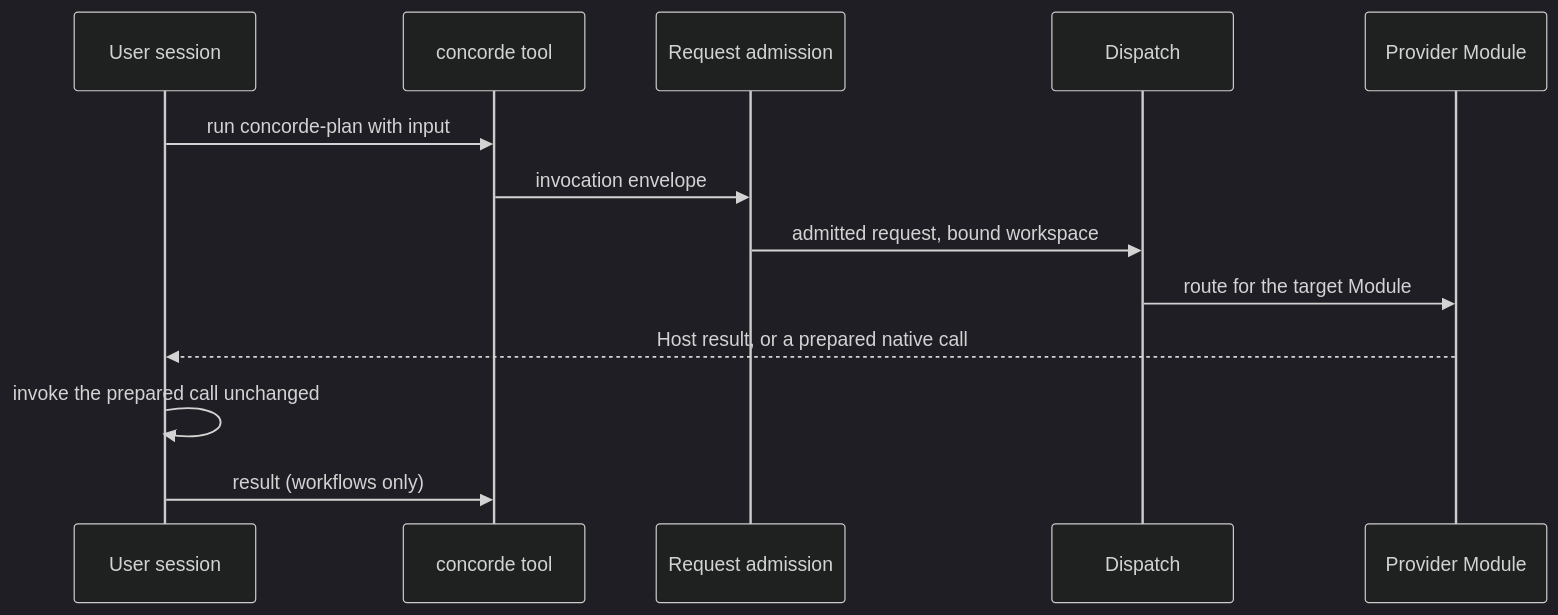
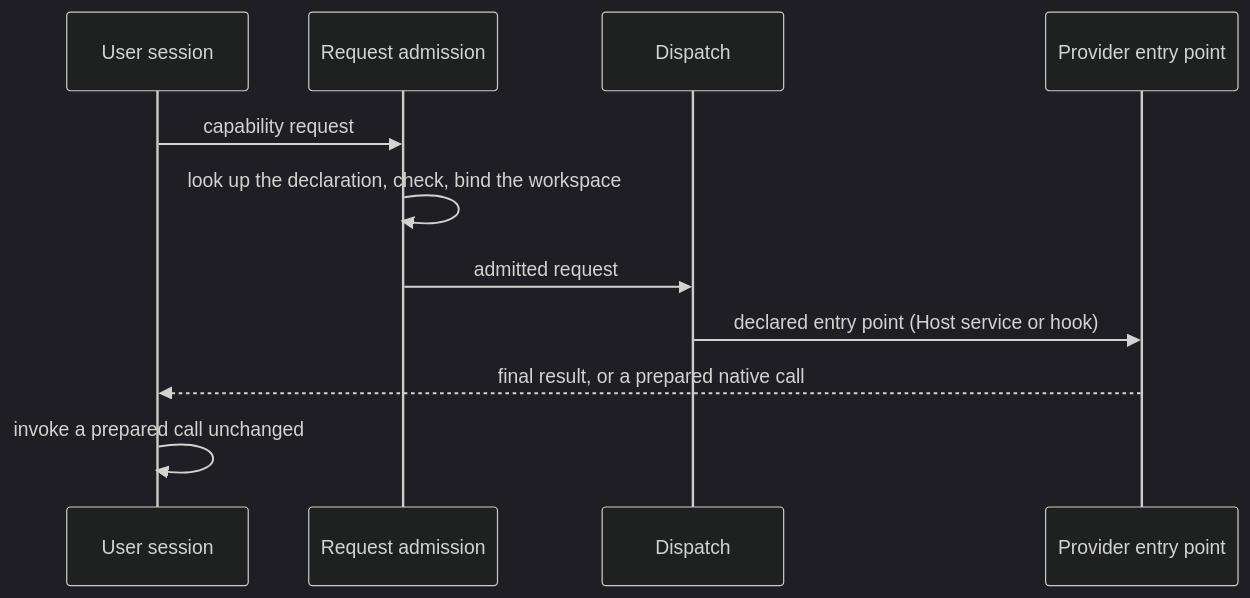
Before and after one commit to FTOD/concorde: the first of 3 diagrams in specs/concorde/operations/module.md, drawn with Mermaid (dark theme). The commit also changed other lines of this file and 213 other files, not shown here.

First line of the commit message:
Rewrite Concorde's Specs for the layered architecture

````diff
--- a/specs/concorde/operations/module.md
+++ b/specs/concorde/operations/module.md
@@ -83,17 +104,15 @@
 ```mermaid illustrative
 sequenceDiagram
-    accTitle: How a capability request reaches its provider
-    accDescr: The user session calls the concorde tool; admission and dispatch route the request to the provider, which either finishes a Host service or returns a prepared native call that the user session then invokes.
+    accTitle: How a request reaches its provider
+    accDescr: Admission checks a request against the catalog declaration, dispatch calls the declared entry point, and a native Operation returns a prepared call that the user session invokes.
     participant U as User session
-    participant T as concorde tool
     participant A as Request admission
     participant D as Dispatch
-    participant P as Provider Module
-    U->>T: run concorde-plan with input
-    T->>A: invocation envelope
-    A->>D: admitted request, bound workspace
-    D->>P: route for the target Module
-    P-->>U: Host result, or a prepared native call
-    U->>U: invoke the prepared call unchanged
-    U->>T: result (workflows only)
+    participant P as Provider entry point
+    U->>A: capability request
+    A->>A: look up the declaration, check, bind the workspace
+    A->>D: admitted request
+    D->>P: declared entry point (Host service or hook)
+    P-->>U: final result, or a prepared native call
+    U->>U: invoke a prepared call unchanged
 ```
````
